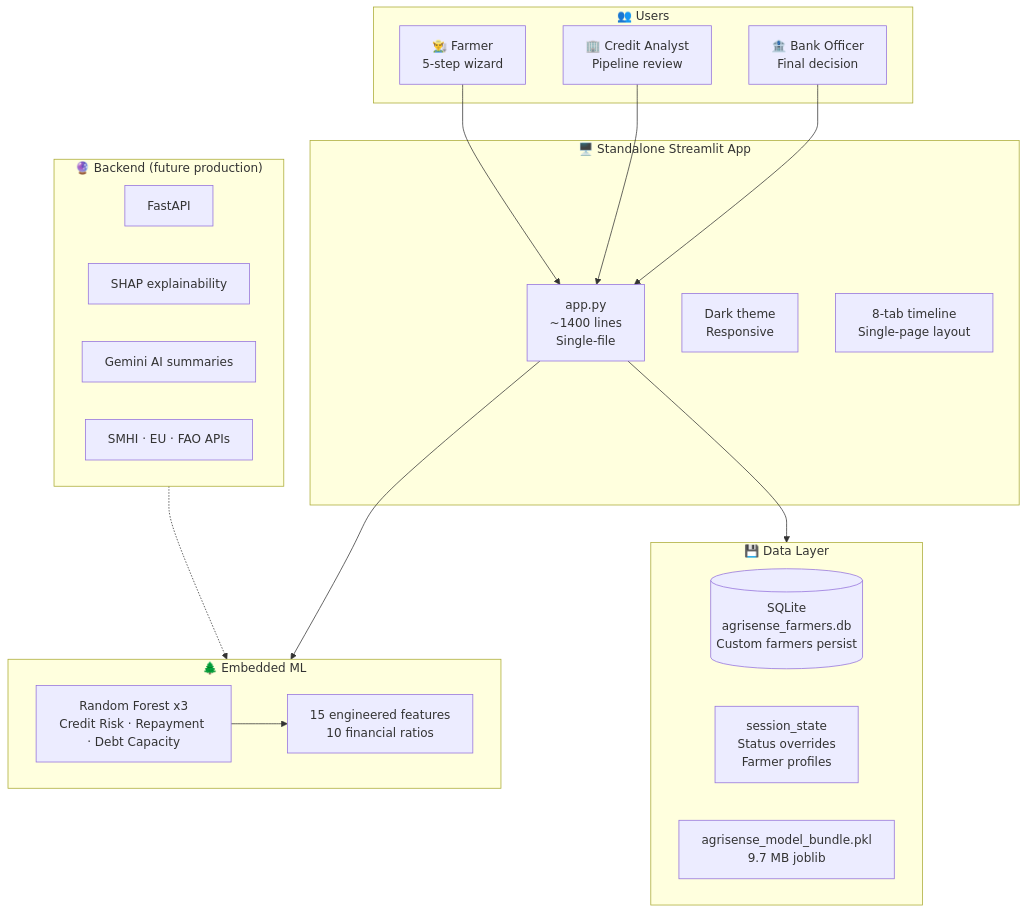
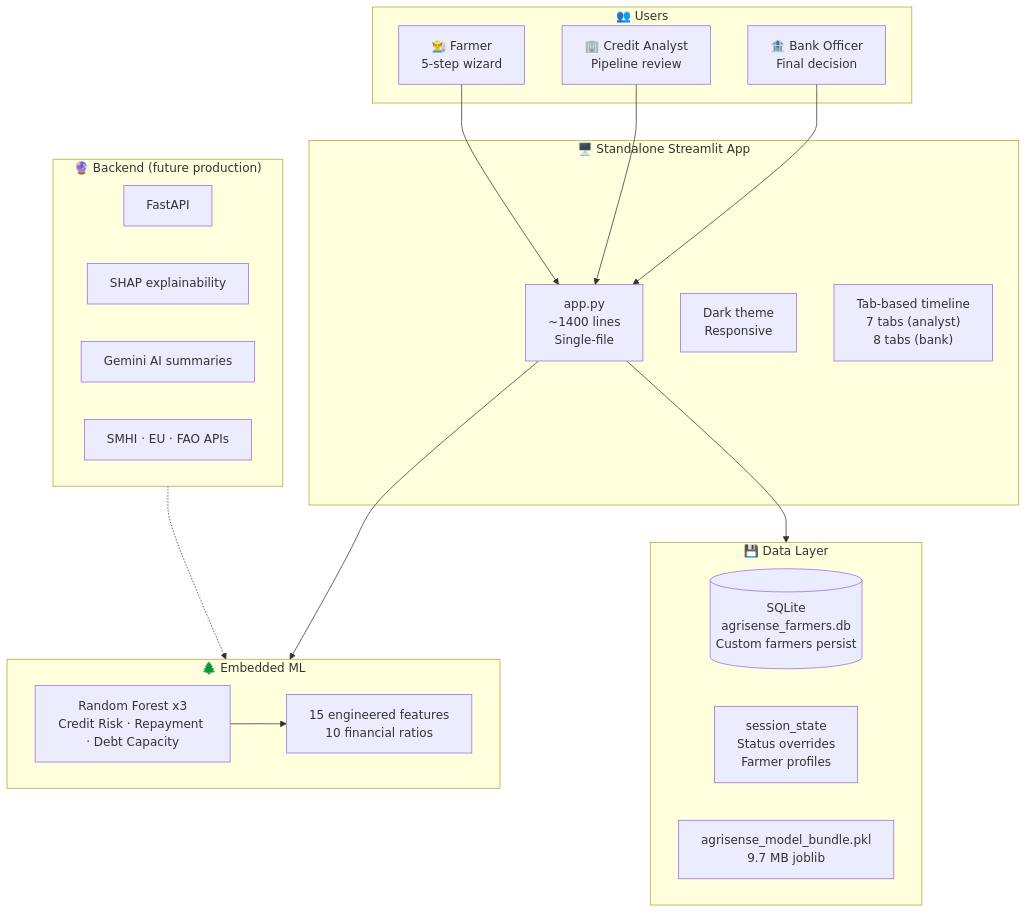
Before and after one commit to Uday-Kiran-01/AgriSense: the first of 4 diagrams in docs/architecture.md, drawn with Mermaid.

Commit message:
Clarify tab count: 7 for analyst, 8 for bank

````diff
--- a/docs/architecture.md
+++ b/docs/architecture.md
@@ -10,40 +10,40 @@
 ```mermaid
 graph TB
     subgraph Users["👥 Users"]
         Farmer["👨‍🌾 Farmer<br/>5-step wizard"]
         Analyst["🏢 Credit Analyst<br/>Pipeline review"]
         Bank["🏦 Bank Officer<br/>Final decision"]
     end
 
     subgraph Frontend["🖥️ Standalone Streamlit App"]
         UI["app.py<br/>~1400 lines<br/>Single-file"]
         CSS["Dark theme<br/>Responsive"]
-        Tabs["8-tab timeline<br/>Single-page layout"]
+        Tabs["Tab-based timeline<br/>7 tabs (analyst)<br/>8 tabs (bank)"]
     end
 
     subgraph ML["🌲 Embedded ML"]
         RF["Random Forest x3<br/>Credit Risk · Repayment · Debt Capacity"]
         FE["15 engineered features<br/>10 financial ratios"]
     end
 
     subgraph Storage["💾 Data Layer"]
         SQLite[("SQLite<br/>agrisense_farmers.db<br/>Custom farmers persist")]
         SS["session_state<br/>Status overrides<br/>Farmer profiles"]
         Bundle["agrisense_model_bundle.pkl<br/>9.7 MB joblib"]
     end
 
     subgraph Future["🔮 Backend (future production)"]
         FastAPI["FastAPI"]
         SHAP["SHAP explainability"]
         Gemini["Gemini AI summaries"]
         APIs["SMHI · EU · FAO APIs"]
     end
 
     Farmer --> UI
     Analyst --> UI
     Bank --> UI
     UI --> ML
     UI --> Storage
     RF --> FE
     Future -.-> ML
 ```
````
